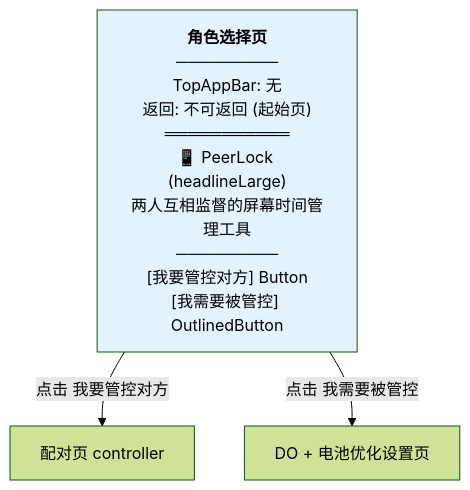
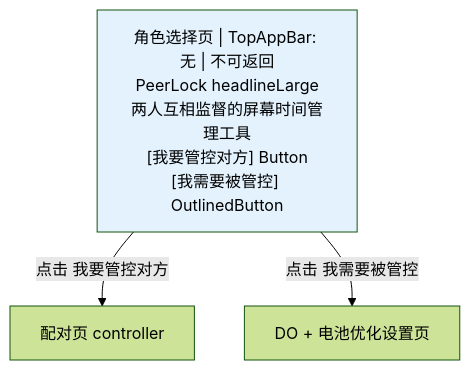
Before and after one commit to LingNc/peerlock: the first of 12 diagrams in docs/ui-pages-detail.md, drawn with Mermaid (forest theme). The commit also changed other lines of this file and 1 other file, not shown here.

Commit message:
docs: 添加完整导航图文档

````diff
--- a/docs/ui-pages-detail.md
+++ b/docs/ui-pages-detail.md
@@ -9,18 +9,8 @@
 ```mermaid
 flowchart TD
-    RS["`**角色选择页**
-    ─────────
-    TopAppBar: 无
-    返回: 不可返回 (起始页)
-    ═══════════
-    📱 PeerLock (headlineLarge)
-    两人互相监督的屏幕时间管理工具
-    ─────────
-    [我要管控对方] Button
-    [我需要被管控] OutlinedButton`"]
-
+    RS["角色选择页 | TopAppBar: 无 | 不可返回<br/>PeerLock headlineLarge<br/>两人互相监督的屏幕时间管理工具<br/>[我要管控对方] Button<br/>[我需要被管控] OutlinedButton"]
     RS -->|点击 我要管控对方| PAIRING_C[配对页 controller]
     RS -->|点击 我需要被管控| DO_SETUP[DO + 电池优化设置页]
 
     style RS fill:#E3F2FD,color:#000
 ```
````
